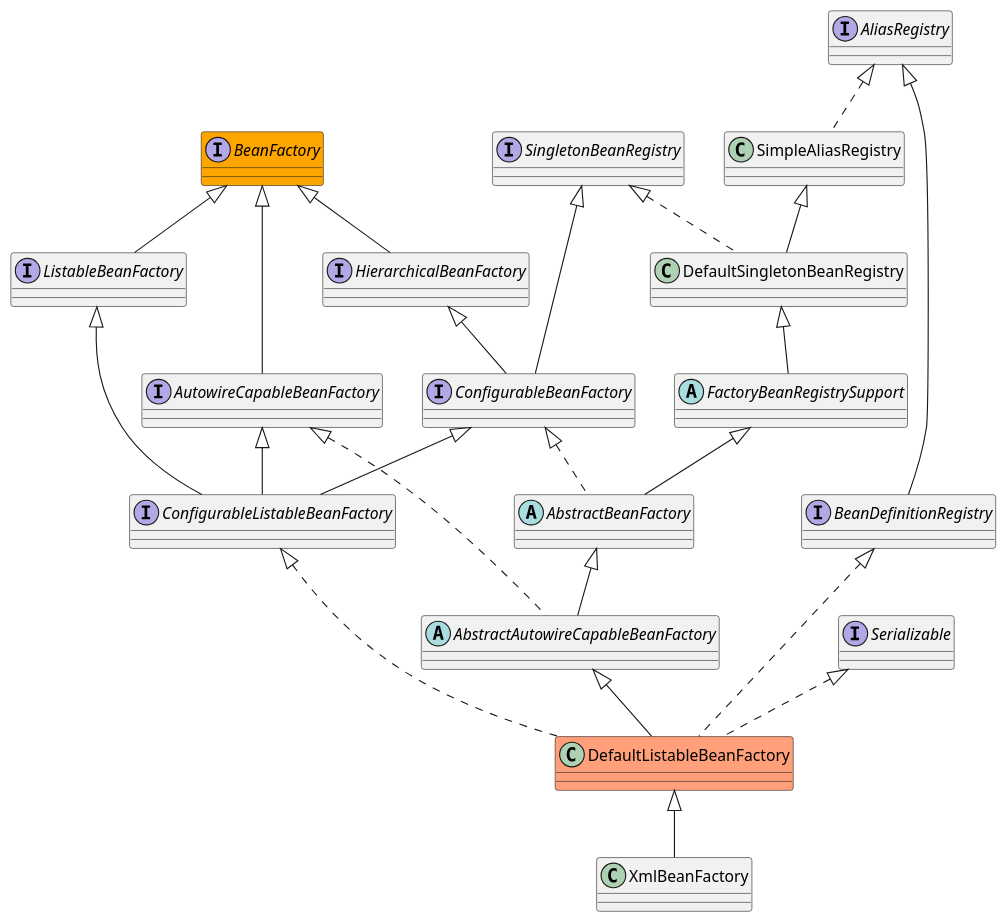
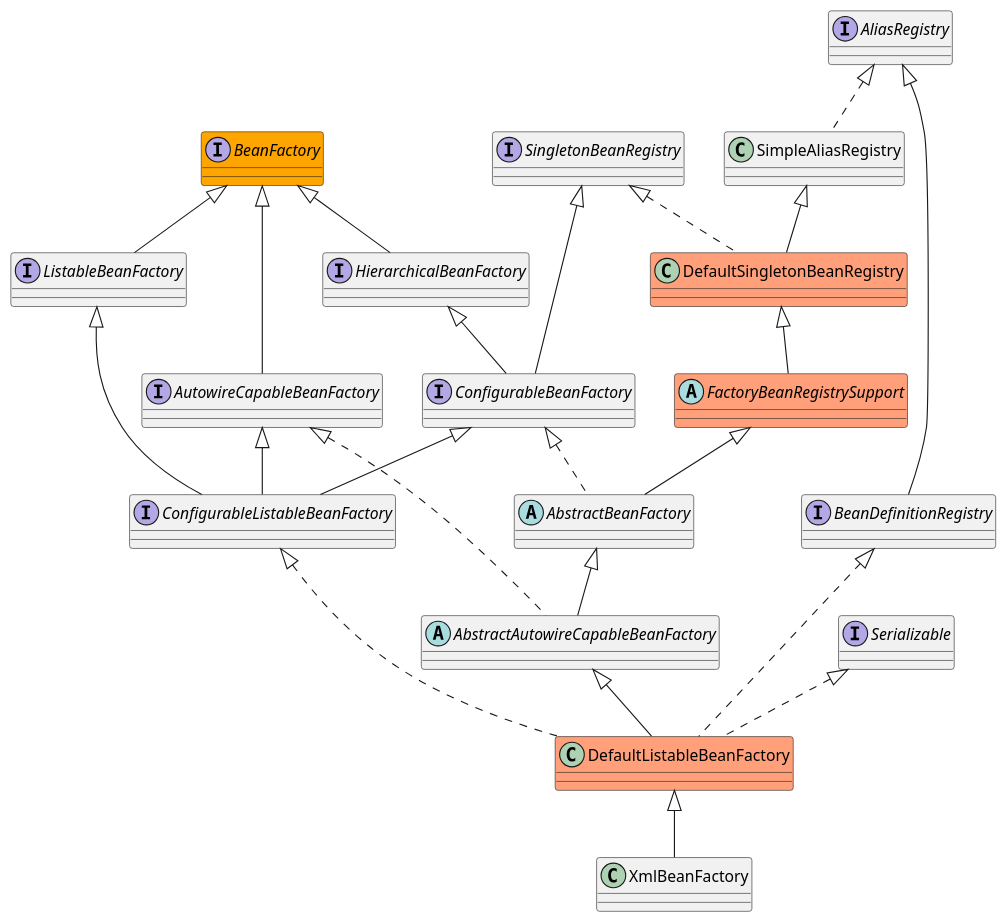
The second of 4 diagrams in doc/spring/Spring源码分析_02_容器的基本实现.md (shirayner/java-knowledge-hierarchy), drawn with PlantUML before and after one commit. The commit also changed other lines of this file and 1 other file, not shown here.

````diff
--- a/doc/spring/Spring源码分析_02_容器的基本实现.md
+++ b/doc/spring/Spring源码分析_02_容器的基本实现.md
@@ -239,66 +243,66 @@
 ```plantuml
 @startuml
 interface BeanFactory #Orange {
 }
 
 interface AutowireCapableBeanFactory extends BeanFactory {
 
 }
 
 interface HierarchicalBeanFactory extends BeanFactory {
 
 }
 
 interface ListableBeanFactory extends BeanFactory {
 
 }
 
 
 interface ConfigurableBeanFactory extends HierarchicalBeanFactory, SingletonBeanRegistry {
 
 }
 
 interface AliasRegistry {
 
 }
 
 class SimpleAliasRegistry implements AliasRegistry {
 
 }
 
-class DefaultSingletonBeanRegistry extends SimpleAliasRegistry implements SingletonBeanRegistry {
+class DefaultSingletonBeanRegistry #LightSalmon extends SimpleAliasRegistry implements SingletonBeanRegistry {
 
 }
 
-abstract class FactoryBeanRegistrySupport extends DefaultSingletonBeanRegistry {
+abstract class FactoryBeanRegistrySupport #LightSalmon extends DefaultSingletonBeanRegistry {
 
 }
 
 abstract class AbstractBeanFactory extends FactoryBeanRegistrySupport implements ConfigurableBeanFactory {
 
 }
 
 abstract class AbstractAutowireCapableBeanFactory extends AbstractBeanFactory implements AutowireCapableBeanFactory {
 
 }
 
 interface ConfigurableListableBeanFactory extends ListableBeanFactory, AutowireCapableBeanFactory, ConfigurableBeanFactory {
 
 }
 
 class DefaultListableBeanFactory #LightSalmon extends AbstractAutowireCapableBeanFactory implements ConfigurableListableBeanFactory, BeanDefinitionRegistry, Serializable {
 
 }
 
 interface BeanDefinitionRegistry extends AliasRegistry {
 
 }
 
 class XmlBeanFactory extends DefaultListableBeanFactory {
 
 }
 
 
 
 @enduml
 ```
````
